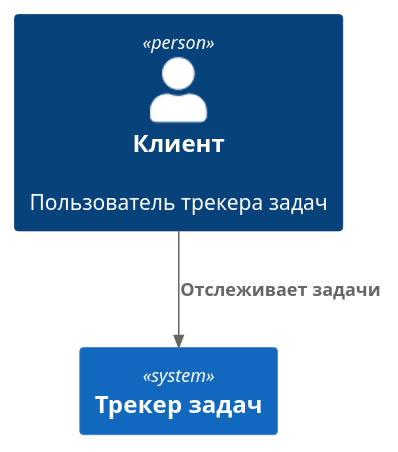
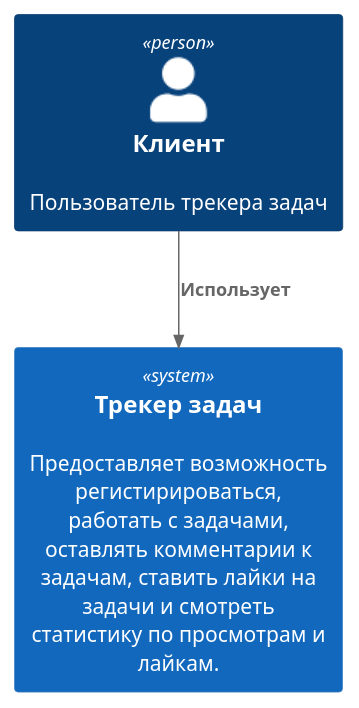
The diagram in doc/c4-context.puml (frisssby/soa-coursework), drawn with PlantUML before and after one commit. The commit also changed 1 other file, not shown here.

```diff
--- a/doc/c4-context.puml
+++ b/doc/c4-context.puml
@@ -1,8 +1,8 @@
 @startuml context
 !include https://raw.githubusercontent.com/plantuml-stdlib/C4-PlantUML/master/C4_Container.puml
 
 Person(client, "Клиент", "Пользователь трекера задач")
-System(system, "Трекер задач")
+System(system, "Трекер задач", "Предоставляет возможность регистирироваться, работать с задачами, оставлять комментарии к задачам, ставить лайки на задачи и смотреть статистику по просмотрам и лайкам.")
 
-Rel(client, system, "Отслеживает задачи")
+Rel(client, system, "Использует")
 @enduml
```
